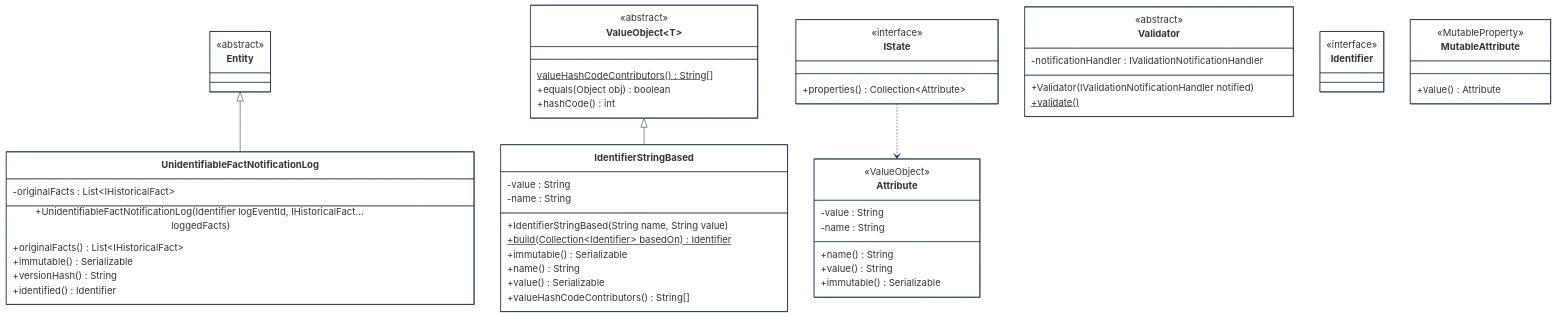
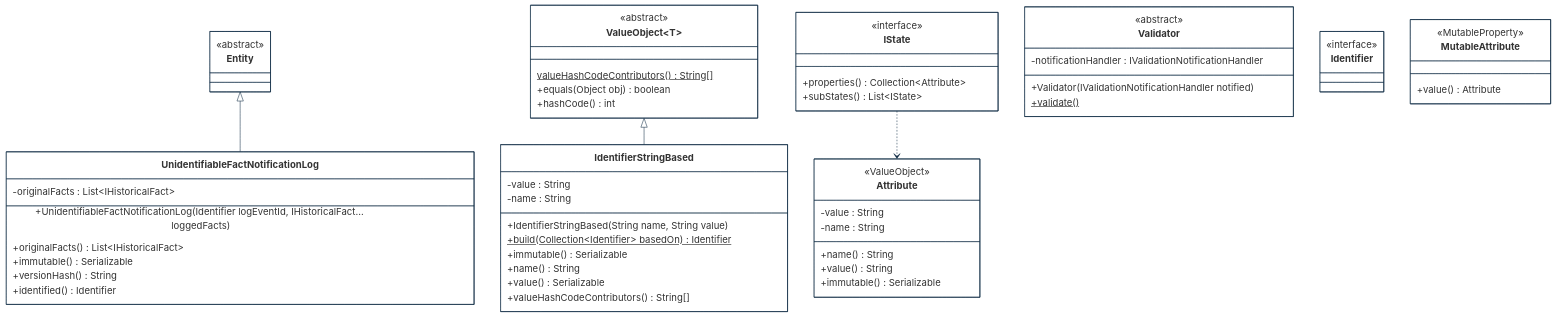
The third of 3 diagrams in implementations-line/framework/domain/designview-structure-models.md (cybnity/foundation), drawn with Mermaid before and after one commit. The commit also changed other lines of this file and 6 other files, not shown here.

````diff
--- a/implementations-line/framework/domain/designview-structure-models.md
+++ b/implementations-line/framework/domain/designview-structure-models.md
@@ -184,77 +185,78 @@
 ```mermaid
 %%{
   init: {
     'theme': 'base',
     'themeVariables': {
         'background': '#ffffff',
         'fontFamily': 'arial',
         'fontSize': '18px',
         'primaryColor': '#fff',
         'primaryBorderColor': '#0e2a43',
         'secondaryBorderColor': '#0e2a43',
         'tertiaryBorderColor': '#0e2a43',
         'edgeLabelBackground':'#0e2a43',
         'lineColor': '#0e2a43',
         'tertiaryColor': '#fff'
     }
   }
 }%%
 classDiagram
     Entity <|-- UnidentifiableFactNotificationLog
     ValueObject~T~ <|-- IdentifierStringBased
 	IState ..> Attribute
 
     class UnidentifiableFactNotificationLog {
         -originalFacts : List~IHistoricalFact~
         +UnidentifiableFactNotificationLog(Identifier logEventId, IHistoricalFact... loggedFacts)
         +originalFacts() List~IHistoricalFact~
         +immutable() Serializable
         +versionHash() String
         +identified() Identifier
     }
     class Entity {
         <<abstract>>
     }
     class Validator {
         <<abstract>>
         -notificationHandler : IValidationNotificationHandler
         +Validator(IValidationNotificationHandler notified)
         +validate()$
     }
     class Identifier {
         <<interface>>
     }
     class IdentifierStringBased {
         -value : String
         -name : String
         +IdentifierStringBased(String name, String value)
         +build(Collection~Identifier~ basedOn)$ Identifier
         +immutable() Serializable
         +name() String
         +value() Serializable
         +valueHashCodeContributors() String[]
     }
     class ValueObject~T~ {
         <<abstract>>
         valueHashCodeContributors()$ String[]
         +equals(Object obj) boolean
         +hashCode() int
     }
 	class Attribute {
 		<<ValueObject>>
 		-value : String
 		-name : String
 		+name() String
 		+value() String
 		+immutable() Serializable
 	}
 	class IState {
 		<<interface>>
 		+properties() Collection~Attribute~
+		+subStates() List~IState~
 	}
 	class MutableAttribute {
         <<MutableProperty>>
         +value() Attribute
 	}
 
 ```
````
